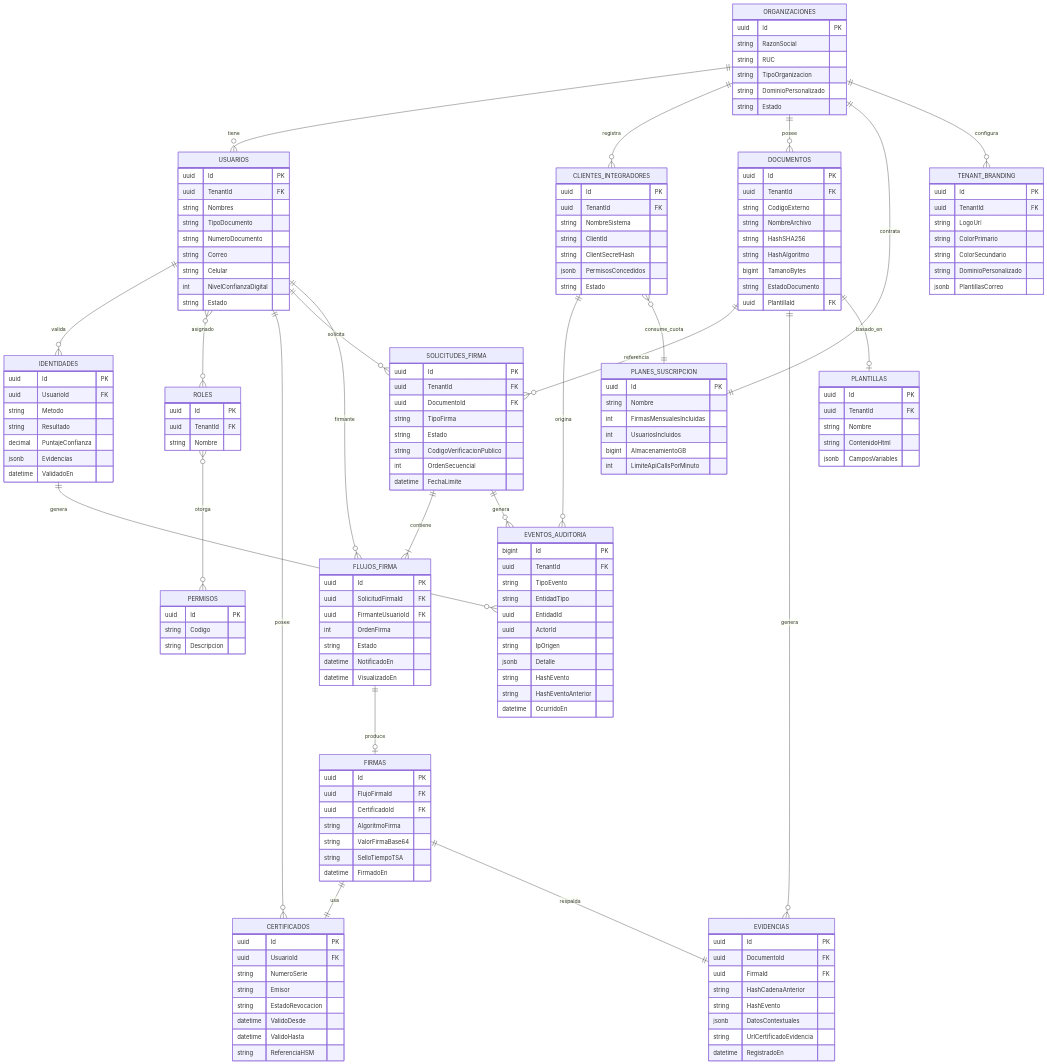
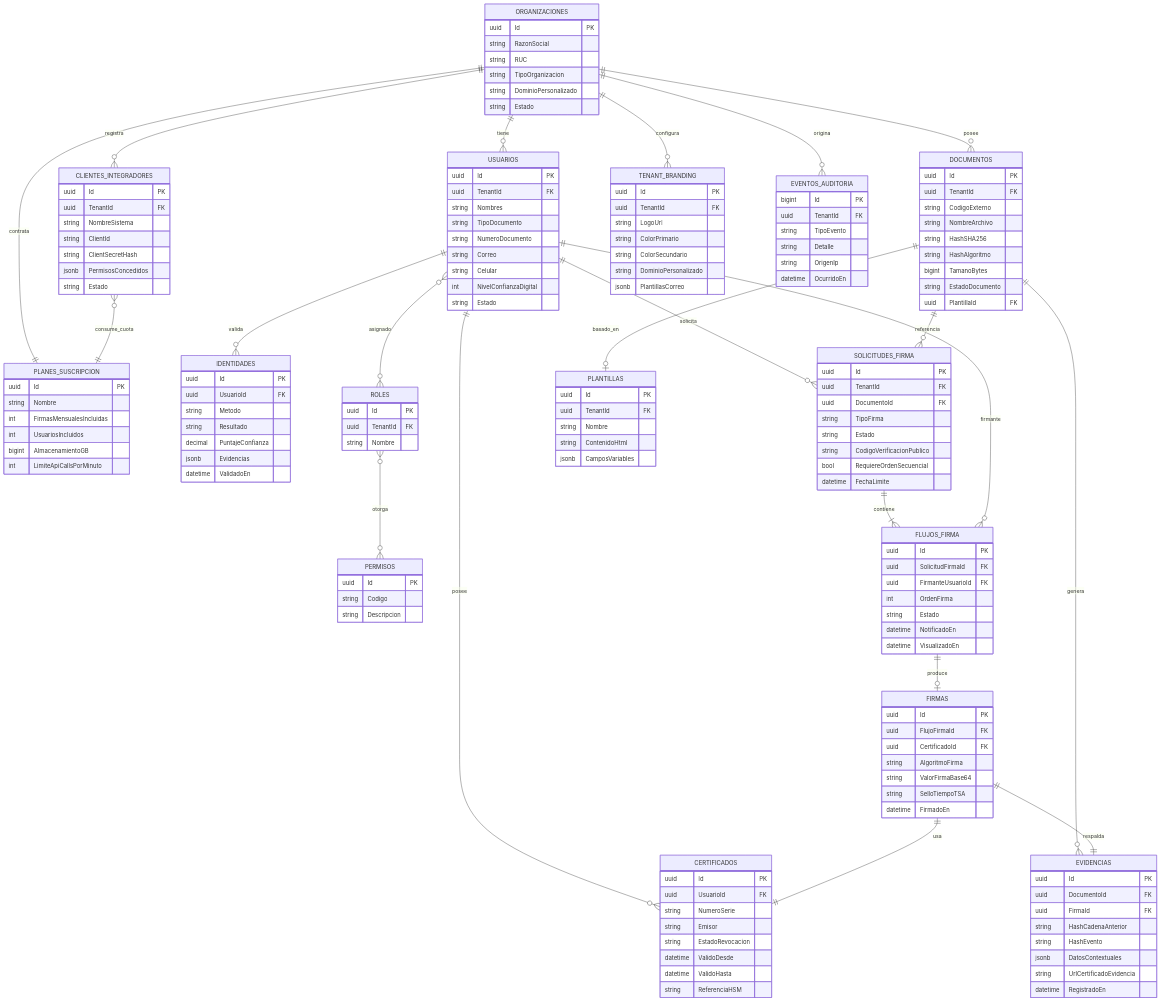
The diagram in docs/01-arquitectura/modelo-datos.md (hlucasgit/rubrica), drawn with Mermaid before and after one commit. The commit also changed other lines of this file and 2 other files, not shown here.

```diff
--- a/docs/01-arquitectura/modelo-datos.md
+++ b/docs/01-arquitectura/modelo-datos.md
@@ -29,10 +31,8 @@
     FIRMAS ||--|| CERTIFICADOS : usa
     FIRMAS ||--|| EVIDENCIAS : respalda
 
-    SOLICITUDES_FIRMA ||--o{ EVENTOS_AUDITORIA : genera
-    IDENTIDADES ||--o{ EVENTOS_AUDITORIA : genera
+    ORGANIZACIONES ||--o{ EVENTOS_AUDITORIA : origina
 
-    CLIENTES_INTEGRADORES ||--o{ EVENTOS_AUDITORIA : origina
     CLIENTES_INTEGRADORES }o--|| PLANES_SUSCRIPCION : consume_cuota
 
     DOCUMENTOS ||--o| PLANTILLAS : basado_en
@@ -83,7 +83,7 @@
         string TipoFirma
         string Estado
         string CodigoVerificacionPublico
-        int OrdenSecuencial
+        bool RequiereOrdenSecuencial
         datetime FechaLimite
     }
     FLUJOS_FIRMA {
@@ -128,13 +128,8 @@
         bigint Id PK
         uuid TenantId FK
         string TipoEvento
-        string EntidadTipo
-        uuid EntidadId
-        uuid ActorId
-        string IpOrigen
-        jsonb Detalle
-        string HashEvento
-        string HashEventoAnterior
+        string Detalle
+        string OrigenIp
         datetime OcurridoEn
     }
     CLIENTES_INTEGRADORES {
```
